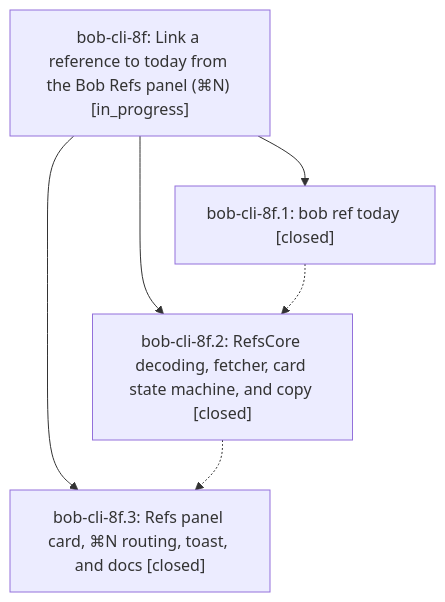
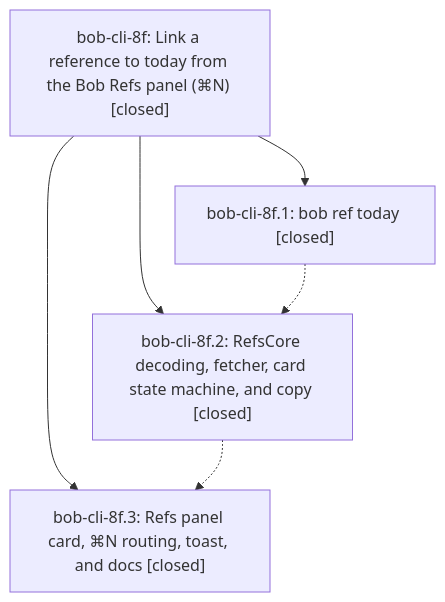
One commit to bobs-org/bob-cli--beads changed the diagram in pages/bob-cli-8f/README.md. Above: the diagram before and after it, drawn with Mermaid. The commit also changed other lines of this file and 1 other file, not shown here.

First line of the commit message:
chore(beads): sync bead state and pages for bob-cli-8f

````diff
--- a/pages/bob-cli-8f/README.md
+++ b/pages/bob-cli-8f/README.md
@@ -38,12 +48,12 @@
 ```mermaid
 flowchart TD
-    n0["bob-cli-8f: Link a reference to today from the Bob Refs panel (⌘N) [in_progress]"]
+    n0["bob-cli-8f: Link a reference to today from the Bob Refs panel (⌘N) [closed]"]
     n1["bob-cli-8f.1: bob ref today [closed]"]
     n2["bob-cli-8f.2: RefsCore decoding, fetcher, card state machine, and copy [closed]"]
     n3["bob-cli-8f.3: Refs panel card, ⌘N routing, toast, and docs [closed]"]
     n0 --> n1
     n0 --> n2
     n0 --> n3
     n1 -.-> n2
     n2 -.-> n3
 ```
````
